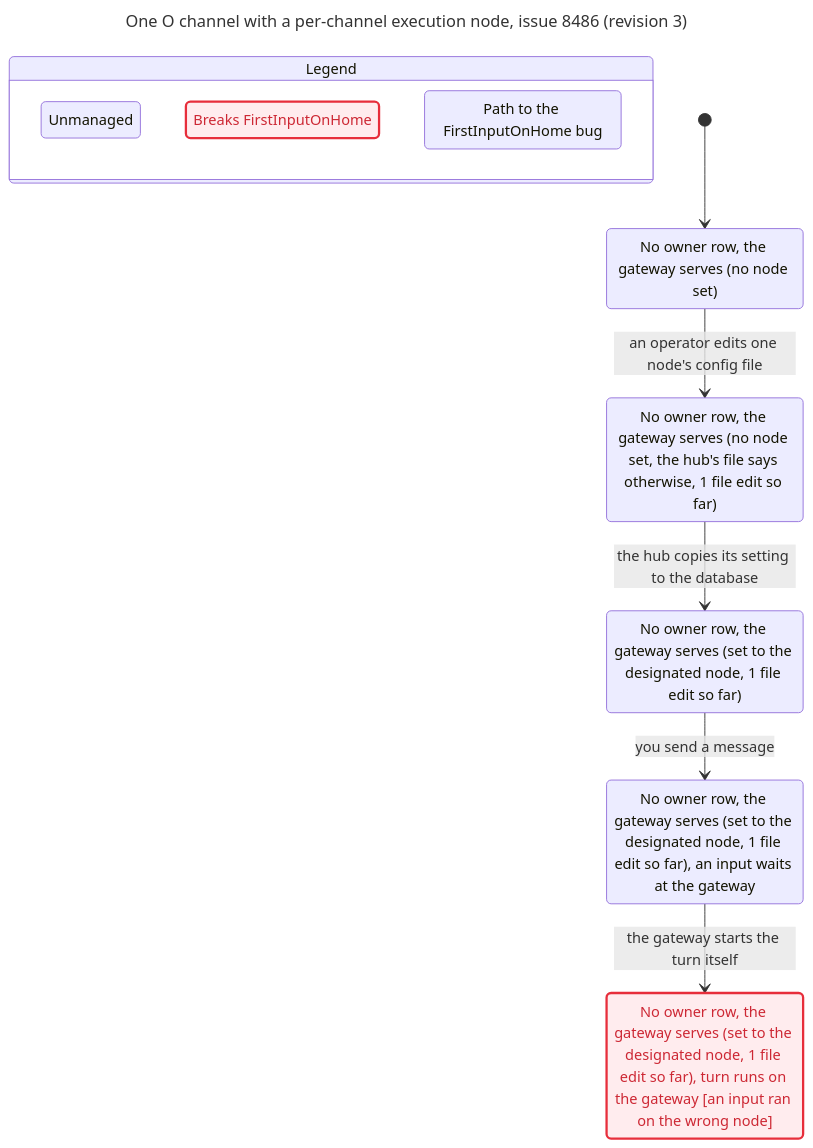
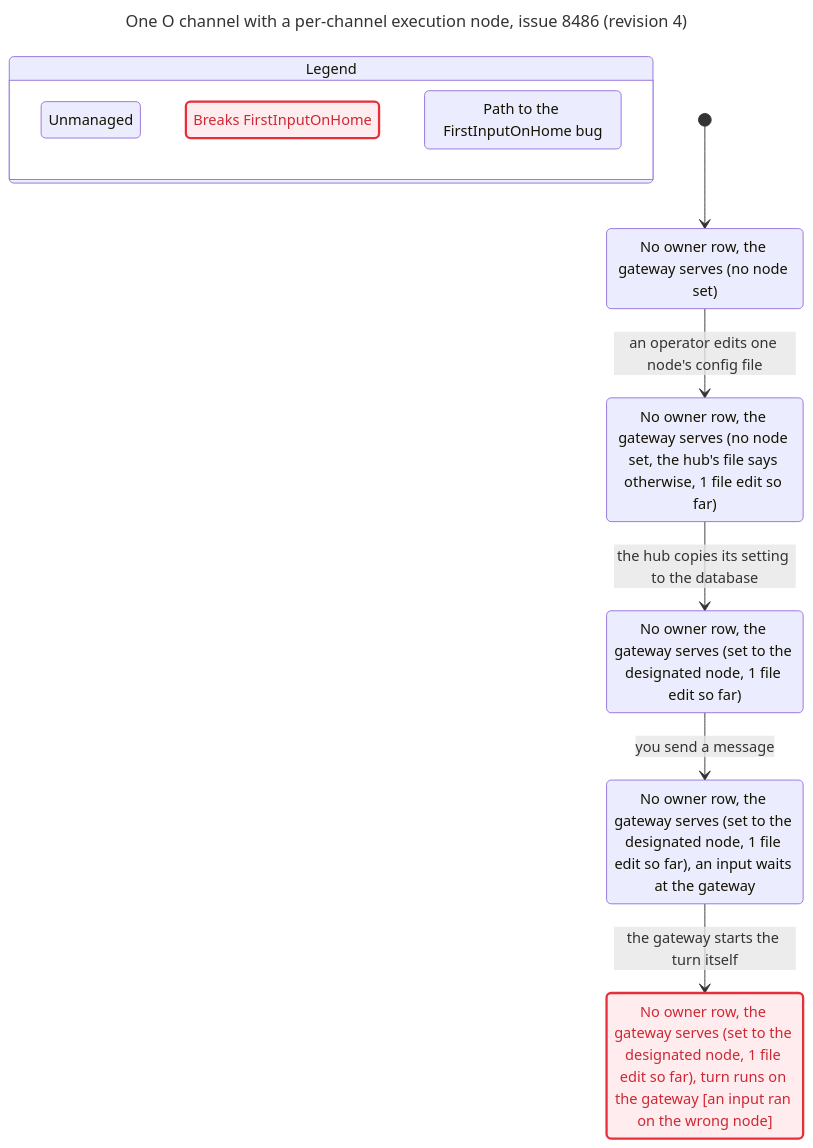
Before and after one commit to itismyfield/AgentDesk: the diagram in docs/statecharts/gateway-lease/channel-home-indexlag.chart.mmd, drawn with Mermaid. The commit also changed 52 other files, not shown here.

```diff
--- a/docs/statecharts/gateway-lease/channel-home-indexlag.chart.mmd
+++ b/docs/statecharts/gateway-lease/channel-home-indexlag.chart.mmd
@@ -1,34 +1,34 @@
 ---
-title: "One O channel with a per-channel execution node, issue 8486 (revision 3)"
+title: "One O channel with a per-channel execution node, issue 8486 (revision 4)"
 ---
 stateDiagram-v2
   state "Legend" as legend {
     lg0: Unmanaged
     lg1: Breaks FirstInputOnHome
     lg2: Path to the FirstInputOnHome bug
   }
   class lg0 tan
   class lg1 breaks
   class lg2 bugPath
   s0: No owner row, the gateway serves (no node set)
   s1: No owner row, the gateway serves (no node set, the hub's file says otherwise, 1 file edit so far)
   s2: No owner row, the gateway serves (set to the designated node, 1 file edit so far)
   s3: No owner row, the gateway serves (set to the designated node, 1 file edit so far), an input waits at the gateway
   s4: No owner row, the gateway serves (set to the designated node, 1 file edit so far), turn runs on the gateway [an input ran on the wrong node]
   [*] --> s0
   s0 --> s1: an operator edits one node's config file
   s1 --> s2: the hub copies its setting to the database
   s2 --> s3: you send a message
   s3 --> s4: the gateway starts the turn itself
   classDef breaks fill:#ffecee,stroke:#e72e3b,stroke-width:2.5px,color:#cd2834
   class s0 tan
   class s0 bugPath
   class s1 tan
   class s1 bugPath
   class s2 tan
   class s2 bugPath
   class s3 tan
   class s3 bugPath
   class s4 tan
   class s4 breaks
   class s4 bugPath
```
